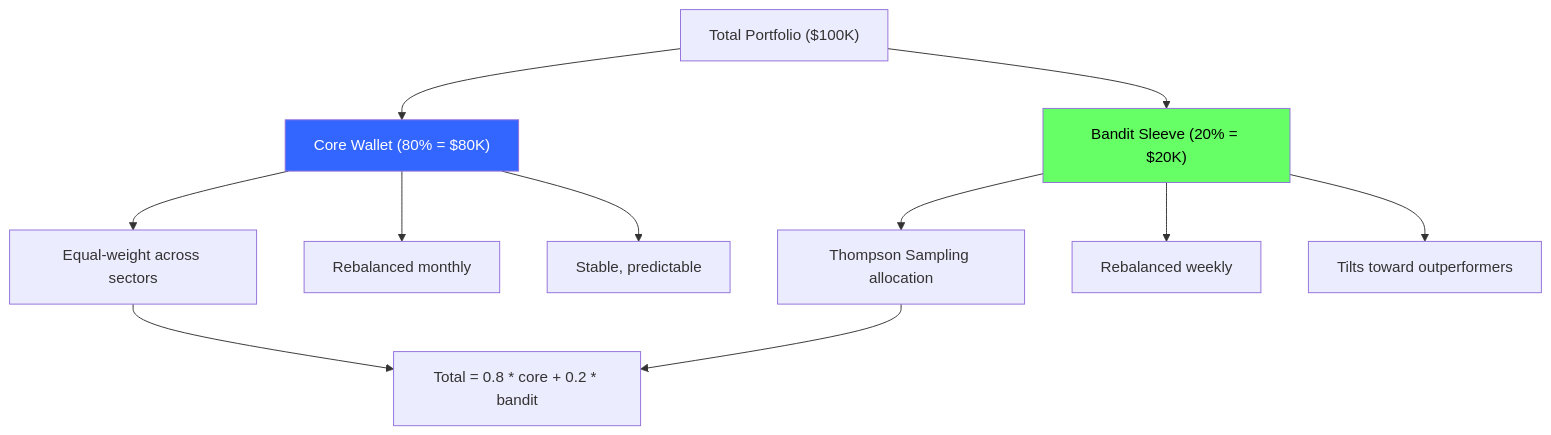
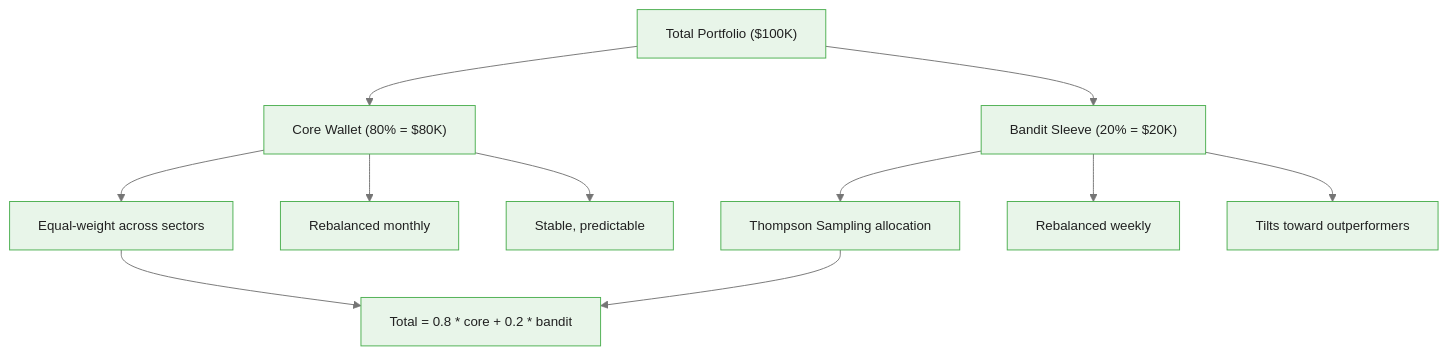
Before and after one commit to m-deane/course-creator: the first of 4 diagrams in courses/multi-armed-bandits-ab-testing/modules/module_05_commodity_trading_bandits/guides/01_accumulator_bandit_playbook_slides.md, drawn with Mermaid. The commit also changed other lines of this file and 146 other files, not shown here.

````diff
--- a/courses/multi-armed-bandits-ab-testing/modules/module_05_commodity_trading_bandits/guides/01_accumulator_bandit_playbook_slides.md
+++ b/courses/multi-armed-bandits-ab-testing/modules/module_05_commodity_trading_bandits/guides/01_accumulator_bandit_playbook_slides.md
@@ -36,18 +43,16 @@
 ```mermaid
+%%{init: {"theme": "base", "themeVariables": {"primaryColor": "#e8f5e9", "primaryBorderColor": "#4caf50", "primaryTextColor": "#212121", "secondaryColor": "#e3f2fd", "tertiaryColor": "#fff8e1", "lineColor": "#757575", "fontFamily": "Inter, sans-serif", "fontSize": "14px"}}}%%
 flowchart TD
     Portfolio["Total Portfolio ($100K)"] --> Core["Core Wallet (80% = $80K)"]
     Portfolio --> Bandit["Bandit Sleeve (20% = $20K)"]
 
     Core --> C1["Equal-weight across sectors"]
     Core --> C2["Rebalanced monthly"]
     Core --> C3["Stable, predictable"]
 
     Bandit --> B1["Thompson Sampling allocation"]
     Bandit --> B2["Rebalanced weekly"]
     Bandit --> B3["Tilts toward outperformers"]
 
     C1 & B1 --> Total["Total = 0.8 * core + 0.2 * bandit"]
-
-    style Core fill:#36f,color:#fff
-    style Bandit fill:#6f6,color:#000
 ```
````
